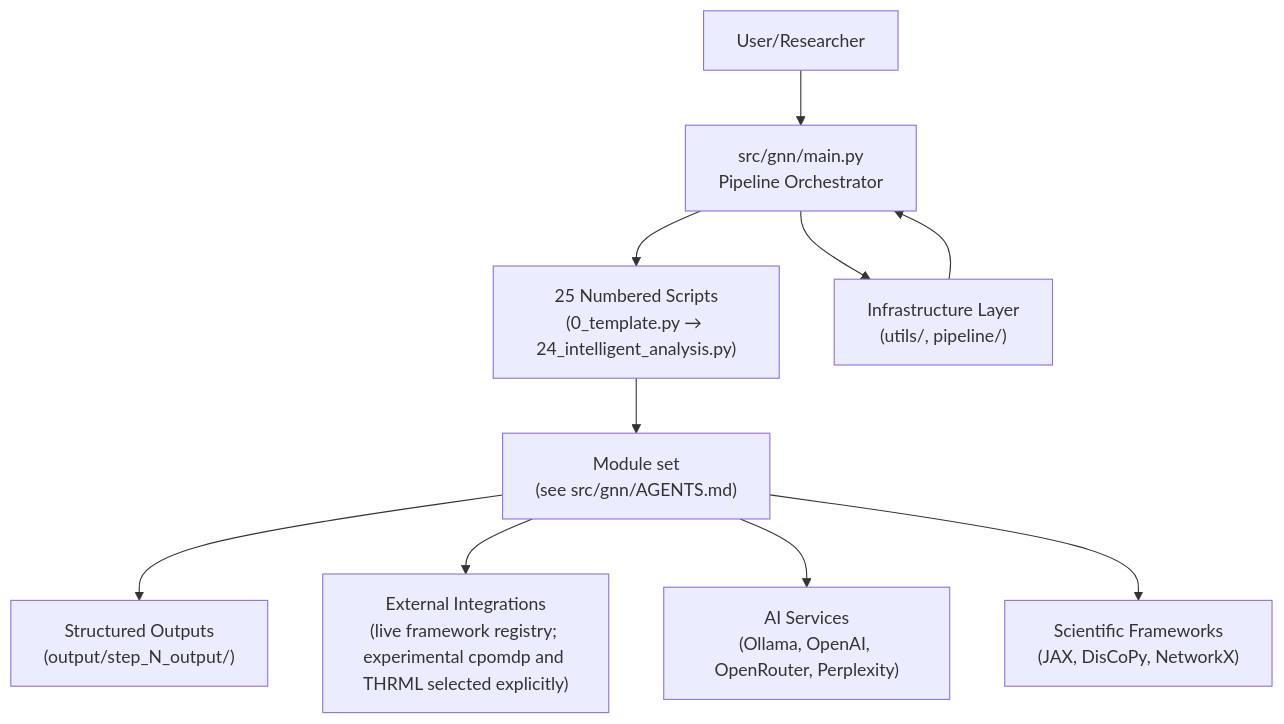
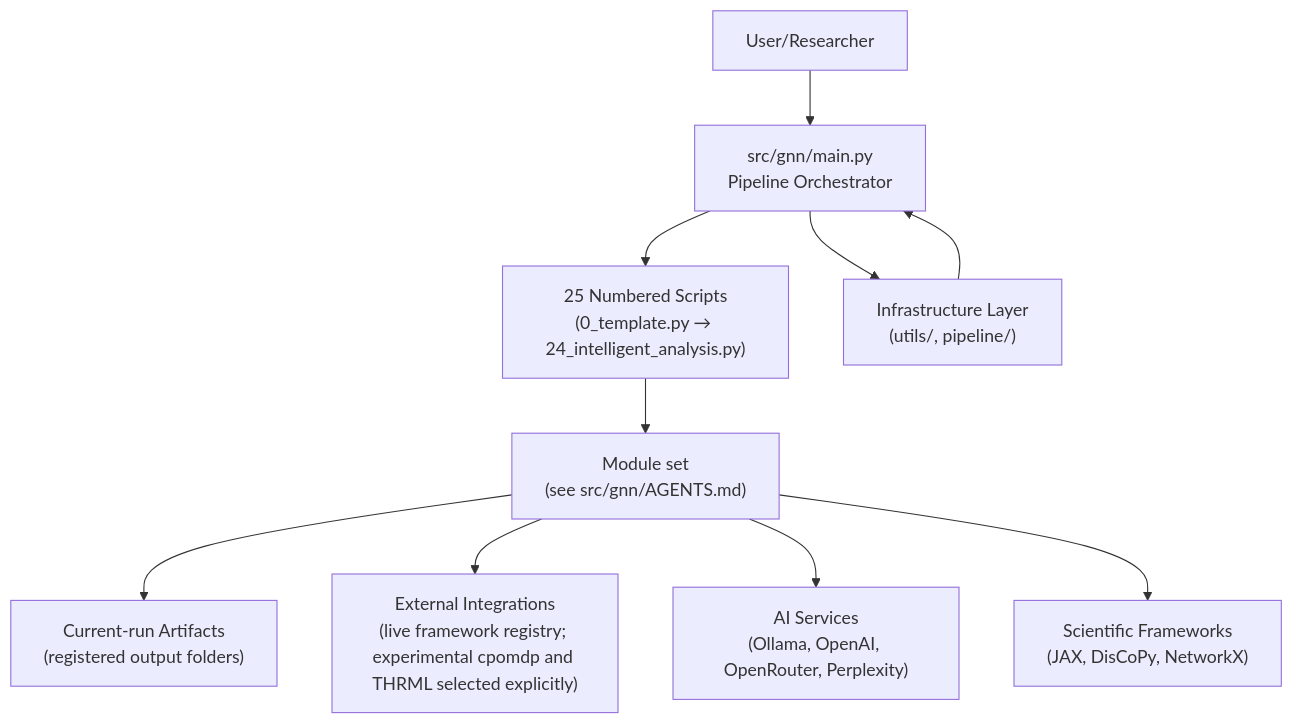
The first of 7 diagrams in ARCHITECTURE.md (ActiveInferenceInstitute/Generalized_Notation_Notation), drawn with Mermaid before and after one commit. The commit also changed other lines of this file and 35 other files, not shown here.

````diff
--- a/ARCHITECTURE.md
+++ b/ARCHITECTURE.md
@@ -40,16 +40,16 @@
 ```mermaid
 graph TB
   A["User/Researcher"] --> B["src/gnn/main.py<br/>Pipeline Orchestrator"]
   B --> C["25 Numbered Scripts<br/>(0_template.py → 24_intelligent_analysis.py)"]
   C --> D["Module set<br/>(see src/gnn/AGENTS.md)"]
-  D --> E["Structured Outputs<br/>(output/step_N_output/)"]
+  D --> E["Current-run Artifacts<br/>(registered output folders)"]
 
   B --> F["Infrastructure Layer<br/>(utils/, pipeline/)"]
   F --> B
 
   D --> G["External Integrations<br/>(live framework registry; experimental cpomdp and THRML selected explicitly)"]
   D --> H["AI Services<br/>(Ollama, OpenAI, OpenRouter, Perplexity)"]
   D --> I["Scientific Frameworks<br/>(JAX, DisCoPy, NetworkX)"]
 
   %% styling intentionally omitted (theme-controlled)
 ```
````
